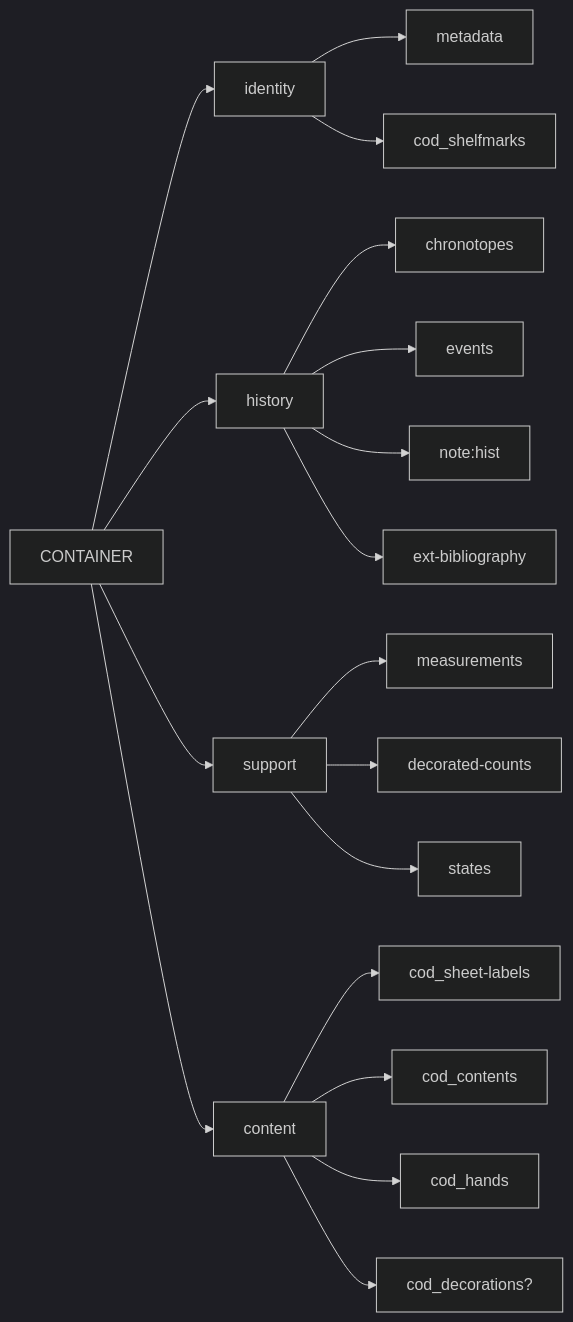
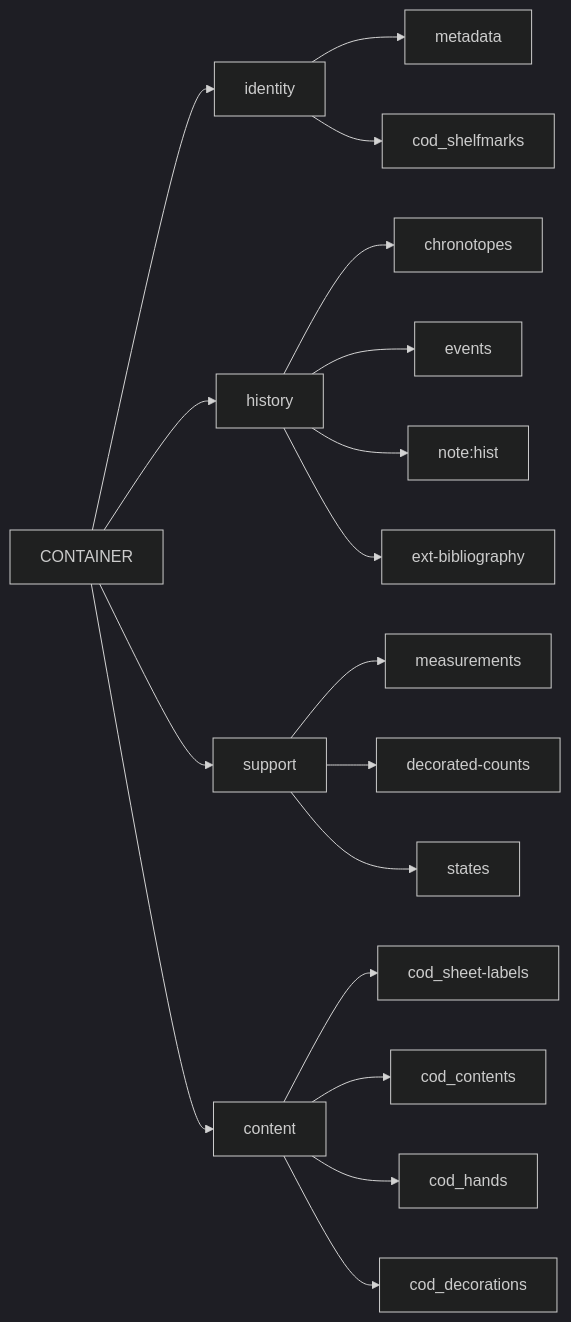
One commit to vedph/cadmus-ndp-frac changed the second of 2 diagrams in README.md. Above: the diagram before and after it, drawn with Mermaid (dark theme). The commit also changed other lines of this file and 7 other files, not shown here.

````diff
--- a/README.md
+++ b/README.md
@@ -41,20 +49,20 @@
 ```mermaid
 graph LR;
 CONTAINER --> identity
 identity --> metadata
 identity --> cod_shelfmarks
 CONTAINER --> history
 history --> chronotopes
 history --> events
 history --> note:hist
 history --> ext-bibliography
 CONTAINER --> support
 support --> measurements
 support --> decorated-counts
 support --> states
 CONTAINER --> content
 content --> cod_sheet-labels
 content --> cod_contents
 content --> cod_hands
-content --> cod_decorations?
+content --> cod_decorations
 ```
````
